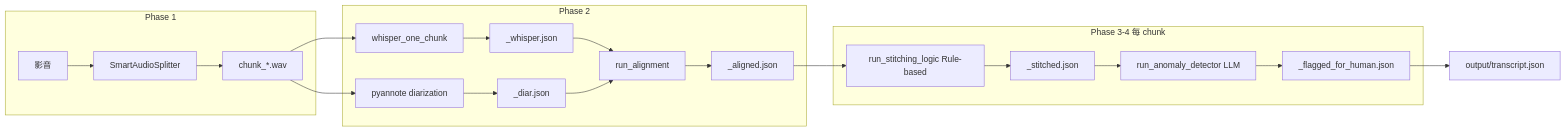
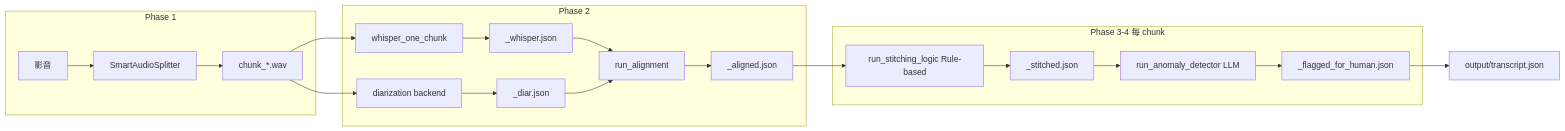
One commit to momonong/neuroai-transcribe changed the diagram in docs/PIPELINE.md. Above: the diagram before and after it, drawn with Mermaid. The commit also changed other lines of this file and 9 other files, not shown here.

````diff
--- a/docs/PIPELINE.md
+++ b/docs/PIPELINE.md
@@ -65,23 +65,23 @@
 ```mermaid
 flowchart LR
   subgraph p1 [Phase 1]
     V[影音] --> S[SmartAudioSplitter]
     S --> Wav[chunk_*.wav]
   end
   subgraph p2 [Phase 2]
     Wav --> Wh[whisper_one_chunk]
     Wh --> WJ[_whisper.json]
-    Wav --> Di[pyannote diarization]
+    Wav --> Di[diarization backend]
     Di --> DJ[_diar.json]
     WJ --> Al[run_alignment]
     DJ --> Al
     Al --> AJ[_aligned.json]
   end
   subgraph p3 [Phase 3-4 每 chunk]
     AJ --> St[run_stitching_logic Rule-based]
     St --> SJ[_stitched.json]
     SJ --> Fg[run_anomaly_detector LLM]
     Fg --> FJ[_flagged_for_human.json]
   end
   FJ --> Out[output/transcript.json]
 ```
````
